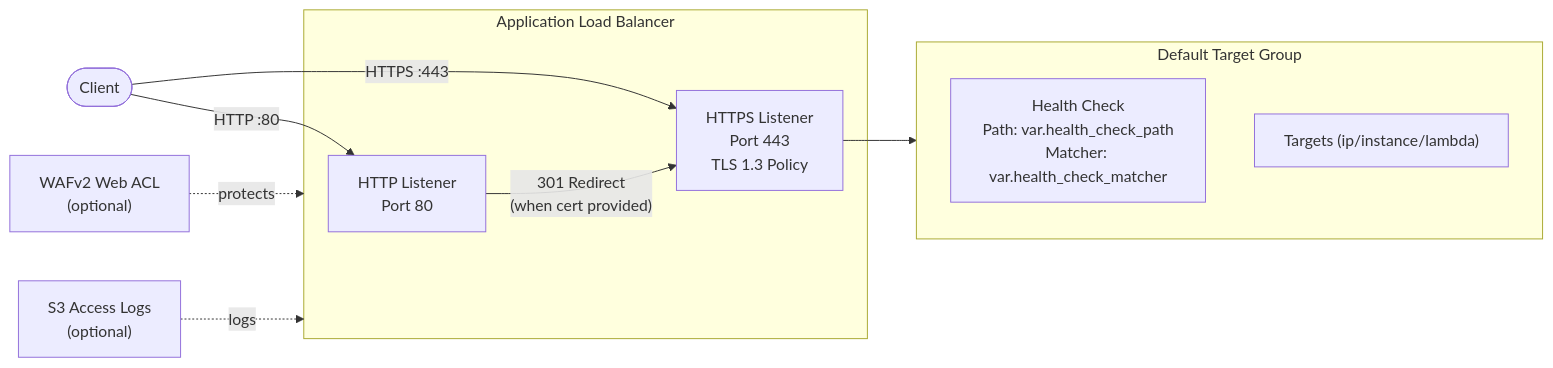
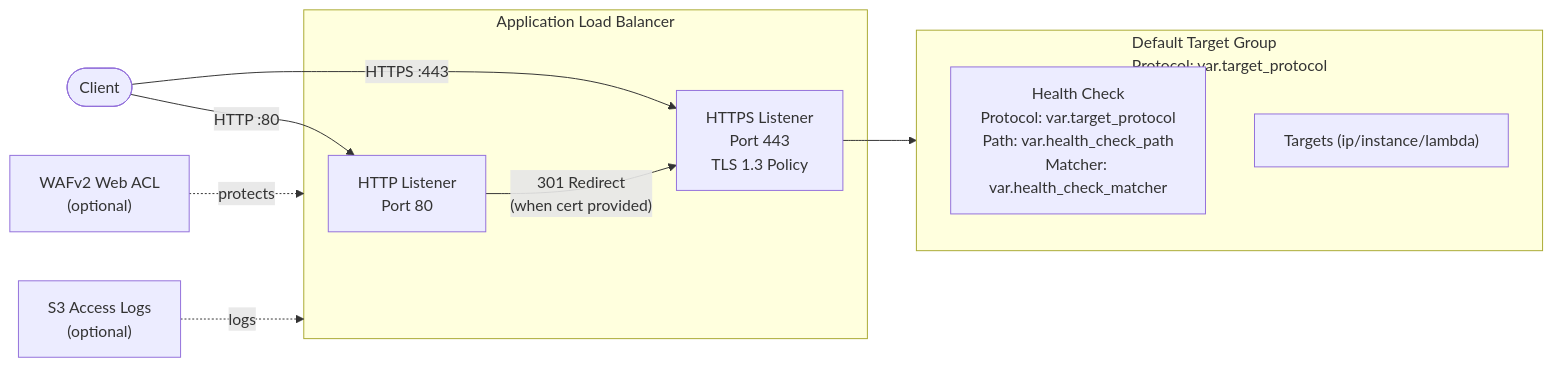
The diagram in docs/architecture/alb.md (jsandov/mcp-infra), drawn with Mermaid before and after one commit. The commit also changed other lines of this file and 3 other files, not shown here.

First line of the commit message:
Update architecture diagrams for WAF audit fixes

````diff
--- a/docs/architecture/alb.md
+++ b/docs/architecture/alb.md
@@ -3,21 +3,21 @@
 ```mermaid
 flowchart LR
     Client(["Client"]) -->|"HTTP :80"| HTTPListener
     Client -->|"HTTPS :443"| HTTPSListener
 
     subgraph ALB["Application Load Balancer"]
         HTTPListener["HTTP Listener<br/>Port 80"]
         HTTPSListener["HTTPS Listener<br/>Port 443<br/>TLS 1.3 Policy"]
     end
 
     HTTPListener -->|"301 Redirect<br/>(when cert provided)"| HTTPSListener
     HTTPSListener --> TG
 
-    subgraph TG["Default Target Group"]
-        HC["Health Check<br/>Path: var.health_check_path<br/>Matcher: var.health_check_matcher"]
+    subgraph TG["Default Target Group<br/>Protocol: var.target_protocol"]
+        HC["Health Check<br/>Protocol: var.target_protocol<br/>Path: var.health_check_path<br/>Matcher: var.health_check_matcher"]
         Targets["Targets (ip/instance/lambda)"]
     end
 
     WAF["WAFv2 Web ACL<br/>(optional)"] -.->|"protects"| ALB
     S3["S3 Access Logs<br/>(optional)"] -.->|"logs"| ALB
 ```
````
